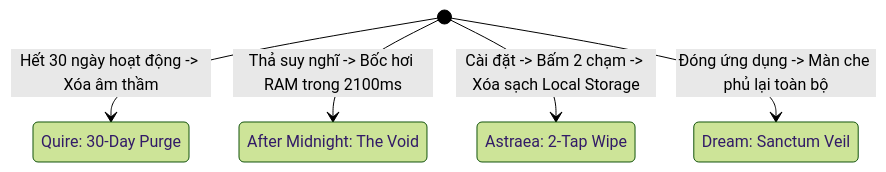
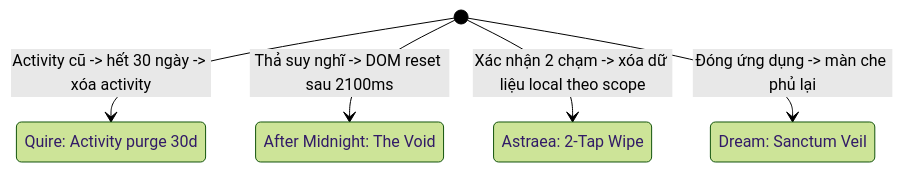
Before and after one commit to anionzo/constellation: the diagram in .knowns/docs/architecture/cross-app-invariants.md, drawn with Mermaid (forest theme). The commit also changed other lines of this file and 59 other files, not shown here.

First line of the commit message:
docs(knowns): synchronize architecture contracts, backend docs and tasks

````diff
--- a/.knowns/docs/architecture/cross-app-invariants.md
+++ b/.knowns/docs/architecture/cross-app-invariants.md
@@ -77,12 +65,12 @@
 ```mermaid
 stateDiagram-v2
-    state "Quire: 30-Day Purge" as Q
+    state "Quire: Activity purge 30d" as Q
     state "After Midnight: The Void" as M
     state "Astraea: 2-Tap Wipe" as A
     state "Dream: Sanctum Veil" as D
-    
-    [*] --> Q: Hết 30 ngày hoạt động -> Xóa âm thầm
-    [*] --> M: Thả suy nghĩ -> Bốc hơi RAM trong 2100ms
-    [*] --> A: Cài đặt -> Bấm 2 chạm -> Xóa sạch Local Storage
-    [*] --> D: Đóng ứng dụng -> Màn che phủ lại toàn bộ
+
+    [*] --> Q: Activity cũ -> hết 30 ngày -> xóa activity
+    [*] --> M: Thả suy nghĩ -> DOM reset sau 2100ms
+    [*] --> A: Xác nhận 2 chạm -> xóa dữ liệu local theo scope
+    [*] --> D: Đóng ứng dụng -> màn che phủ lại
 ```
````
